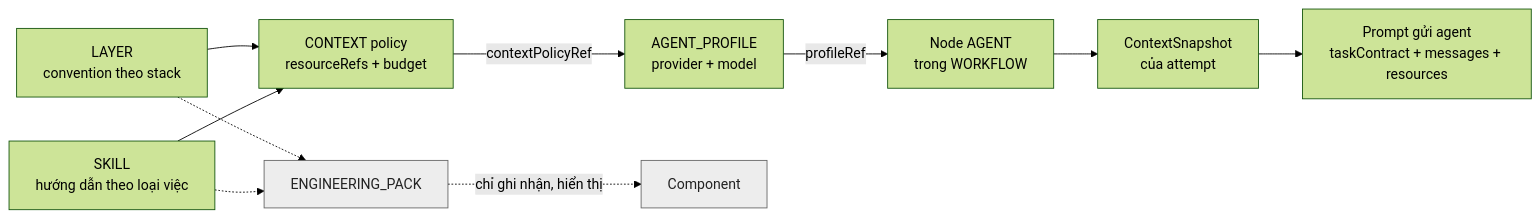
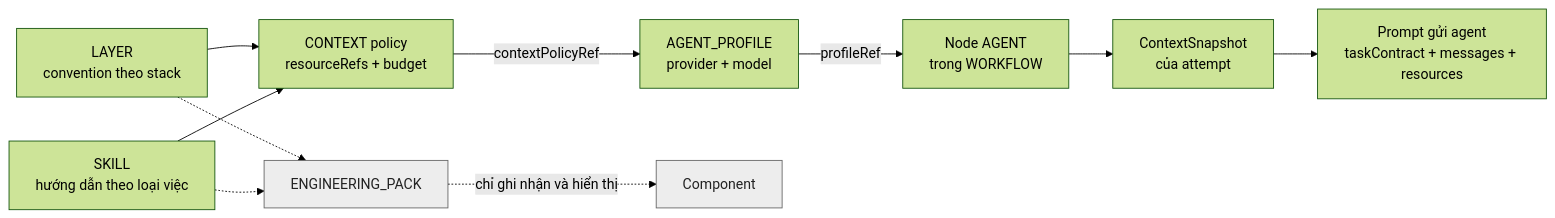
The second of 8 diagrams in docs/guides/todolist-spring-react/README.md (draculemihawk123-ai/aw-tqunglnh), drawn with Mermaid (forest theme) before and after one commit. The commit also changed other lines of this file and 1 other file, not shown here.

First line of the commit message:
docs(guide): bỏ dấu phẩy, dấu hai chấm, gạch dưới khỏi nhãn Mermaid

````diff
--- a/docs/guides/todolist-spring-react/README.md
+++ b/docs/guides/todolist-spring-react/README.md
@@ -121,15 +121,15 @@
 ```mermaid
 flowchart LR
     LY["LAYER<br/>convention theo stack"] --> CX
     SK["SKILL<br/>hướng dẫn theo loại việc"] --> CX
-    CX["CONTEXT policy<br/>resourceRefs + budget"] -->|"contextPolicyRef"| AP["AGENT_PROFILE<br/>provider + model"]
+    CX["CONTEXT policy<br/>resourceRefs + budget"] -->|"contextPolicyRef"| AP["AGENT#95;PROFILE<br/>provider + model"]
     AP -->|"profileRef"| ND["Node AGENT<br/>trong WORKFLOW"]
     ND --> SN["ContextSnapshot<br/>của attempt"]
     SN --> PR["Prompt gửi agent<br/>taskContract + messages + resources"]
-    LY -.-> PK["ENGINEERING_PACK"]
+    LY -.-> PK["ENGINEERING#95;PACK"]
     SK -.-> PK
-    PK -.->|"chỉ ghi nhận, hiển thị"| CO["Component"]
+    PK -.->|"chỉ ghi nhận và hiển thị"| CO["Component"]
 
     classDef stop fill:#EDEDED,stroke:#666,color:#222;
     class PK,CO stop;
 ```
````
